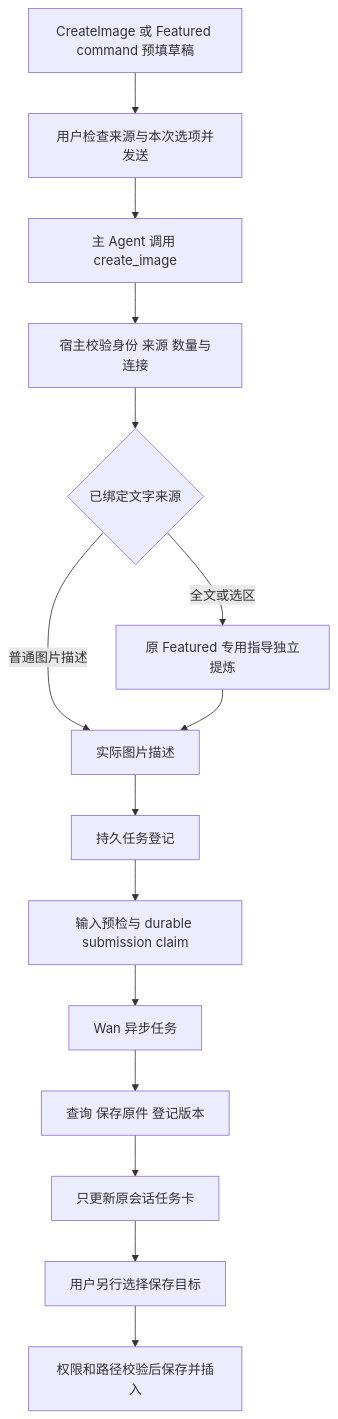
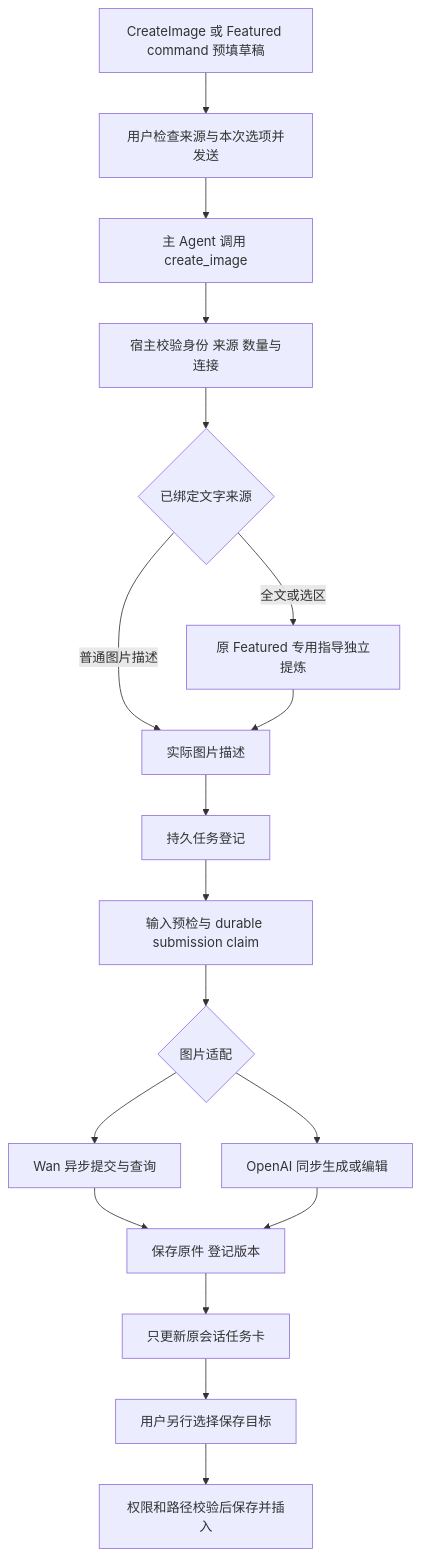
Before and after one commit to edonyzpc/personal-assistant: the first of 2 diagrams in docs/architecture/chat-image-generation-architecture.md, drawn with Mermaid. The commit also changed other lines of this file and 71 other files, not shown here.

````diff
--- a/docs/architecture/chat-image-generation-architecture.md
+++ b/docs/architecture/chat-image-generation-architecture.md
@@ -34,17 +35,20 @@
 ```mermaid
 flowchart TD
   A[CreateImage 或 Featured command 预填草稿] --> B[用户检查来源与本次选项并发送]
   B --> C[主 Agent 调用 create_image]
   C --> V[宿主校验身份 来源 数量与连接]
   V --> P{已绑定文字来源}
   P -->|全文或选区| Q[原 Featured 专用指导独立提炼]
   P -->|普通图片描述| R[实际图片描述]
   Q --> R
   R --> D[持久任务登记]
   D --> E[输入预检与 durable submission claim]
-  E --> F[Wan 异步任务]
-  F --> G[查询 保存原件 登记版本]
+  E --> F{图片适配}
+  F --> W[Wan 异步提交与查询]
+  F --> O[OpenAI 同步生成或编辑]
+  W --> G[保存原件 登记版本]
+  O --> G
   G --> H[只更新原会话任务卡]
   H --> I[用户另行选择保存目标]
   I --> J[权限和路径校验后保存并插入]
 ```
````
